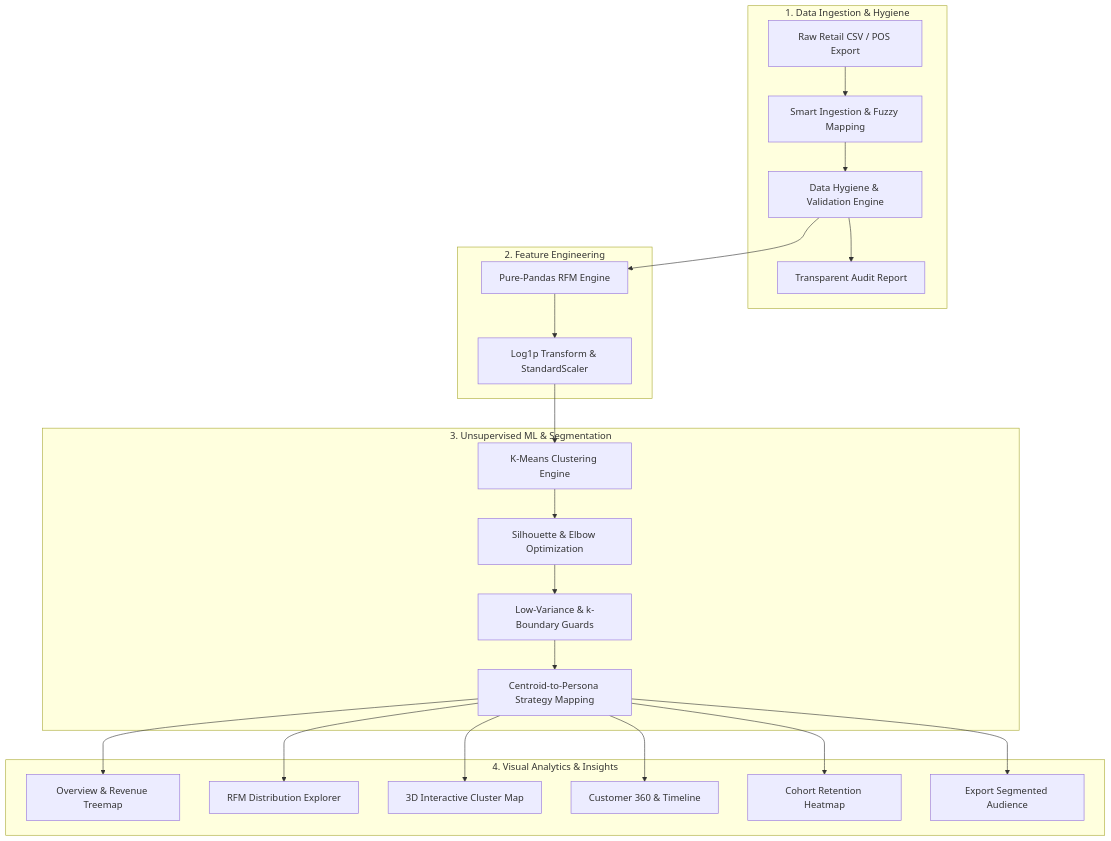
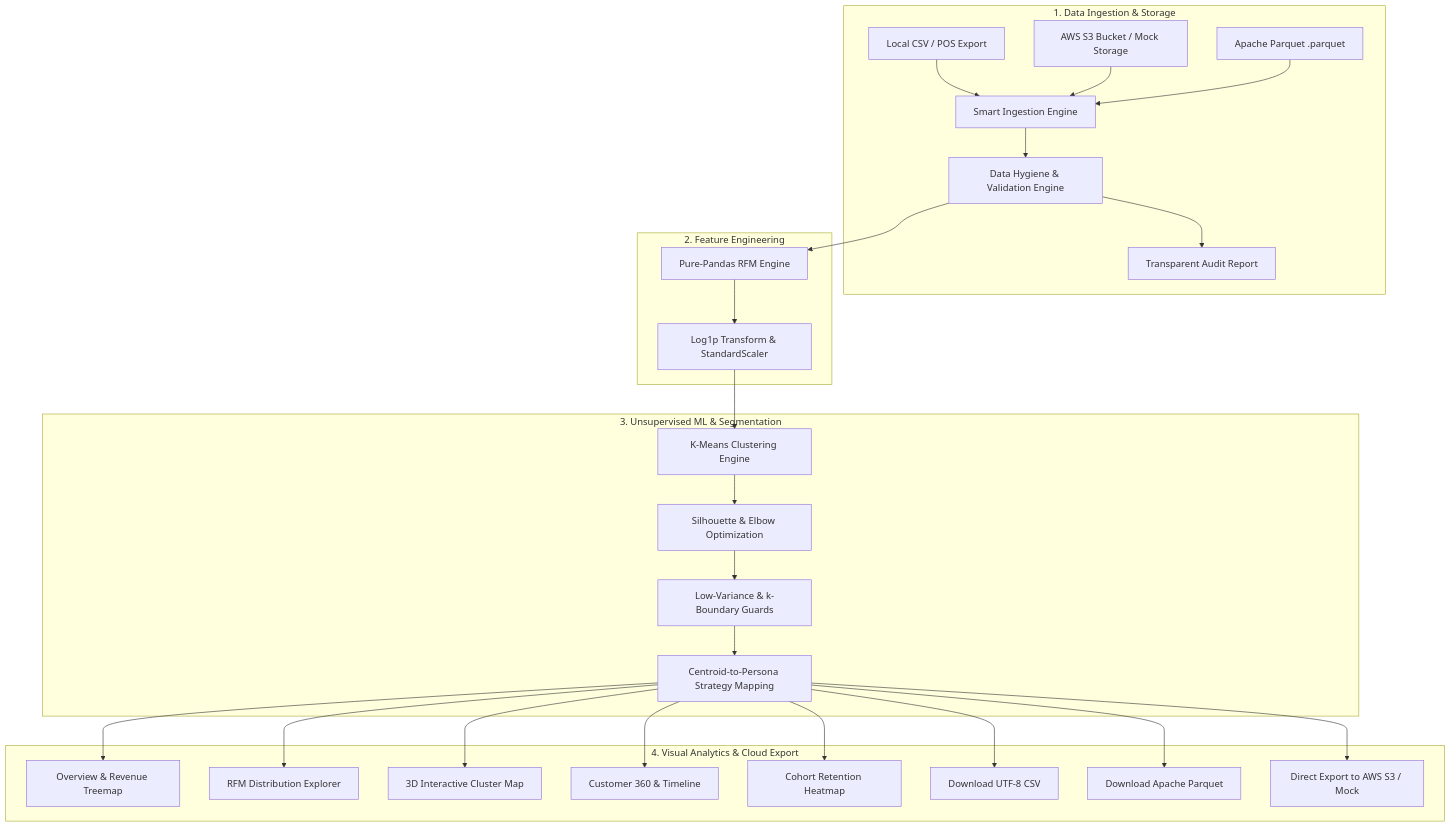
One commit to Khare69/RFM-Cluster360 changed the diagram in README.md. Above: the diagram before and after it, drawn with Mermaid. The commit also changed other lines of this file and 10 other files, not shown here.

Commit message:
feat: cloud storage — S3 bucket ingestion/export with local mock mode + Apache Parquet support

````diff
--- a/README.md
+++ b/README.md
@@ -71,29 +79,33 @@
 ```mermaid
 flowchart TD
-    subgraph Ingestion ["1. Data Ingestion & Hygiene"]
-        CSV[Raw Retail CSV / POS Export] --> Ingest[Smart Ingestion & Fuzzy Mapping]
+    subgraph Ingestion ["1. Data Ingestion & Storage"]
+        CSV[Local CSV / POS Export] --> Ingest[Smart Ingestion Engine]
+        S3[AWS S3 Bucket / Mock Storage] --> Ingest
+        ParquetIn[Apache Parquet .parquet] --> Ingest
         Ingest --> Clean[Data Hygiene & Validation Engine]
         Clean --> Audit[Transparent Audit Report]
     end
 
     subgraph RFM ["2. Feature Engineering"]
         Clean --> RFMCalc[Pure-Pandas RFM Engine]
         RFMCalc --> Transform[Log1p Transform & StandardScaler]
     end
 
     subgraph ML ["3. Unsupervised ML & Segmentation"]
         Transform --> KMeans[K-Means Clustering Engine]
         KMeans --> Opt[Silhouette & Elbow Optimization]
         Opt --> Guard[Low-Variance & k-Boundary Guards]
         Guard --> Persona[Centroid-to-Persona Strategy Mapping]
     end
 
-    subgraph Presentation ["4. Visual Analytics & Insights"]
+    subgraph Presentation ["4. Visual Analytics & Cloud Export"]
         Persona --> Overview[Overview & Revenue Treemap]
         Persona --> Explorer[RFM Distribution Explorer]
         Persona --> Cluster3D[3D Interactive Cluster Map]
         Persona --> Search[Customer 360 & Timeline]
         Persona --> Cohort[Cohort Retention Heatmap]
-        Persona --> Export[Export Segmented Audience]
+        Persona --> ExportCSV[Download UTF-8 CSV]
+        Persona --> ExportParquet[Download Apache Parquet]
+        Persona --> ExportS3[Direct Export to AWS S3 / Mock]
     end
 ```
````
